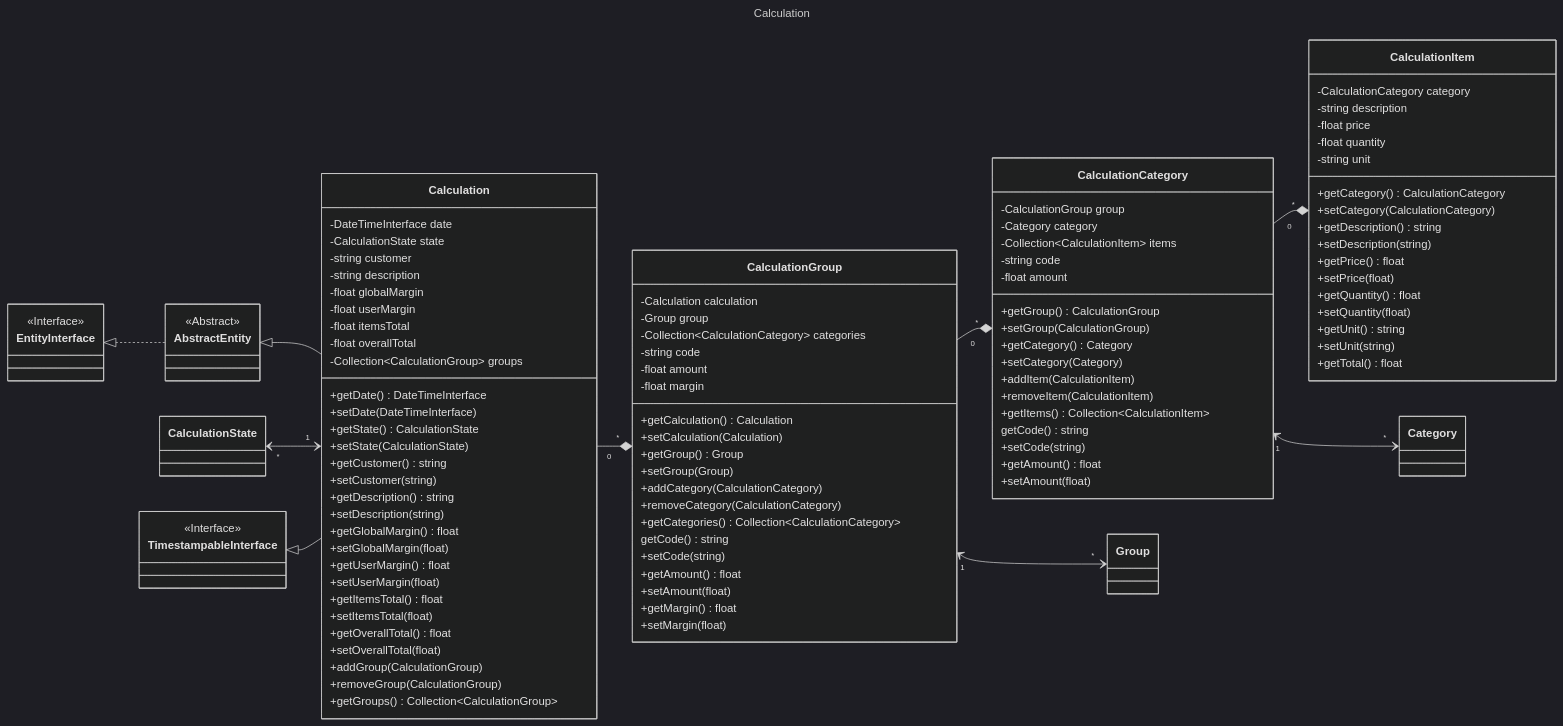
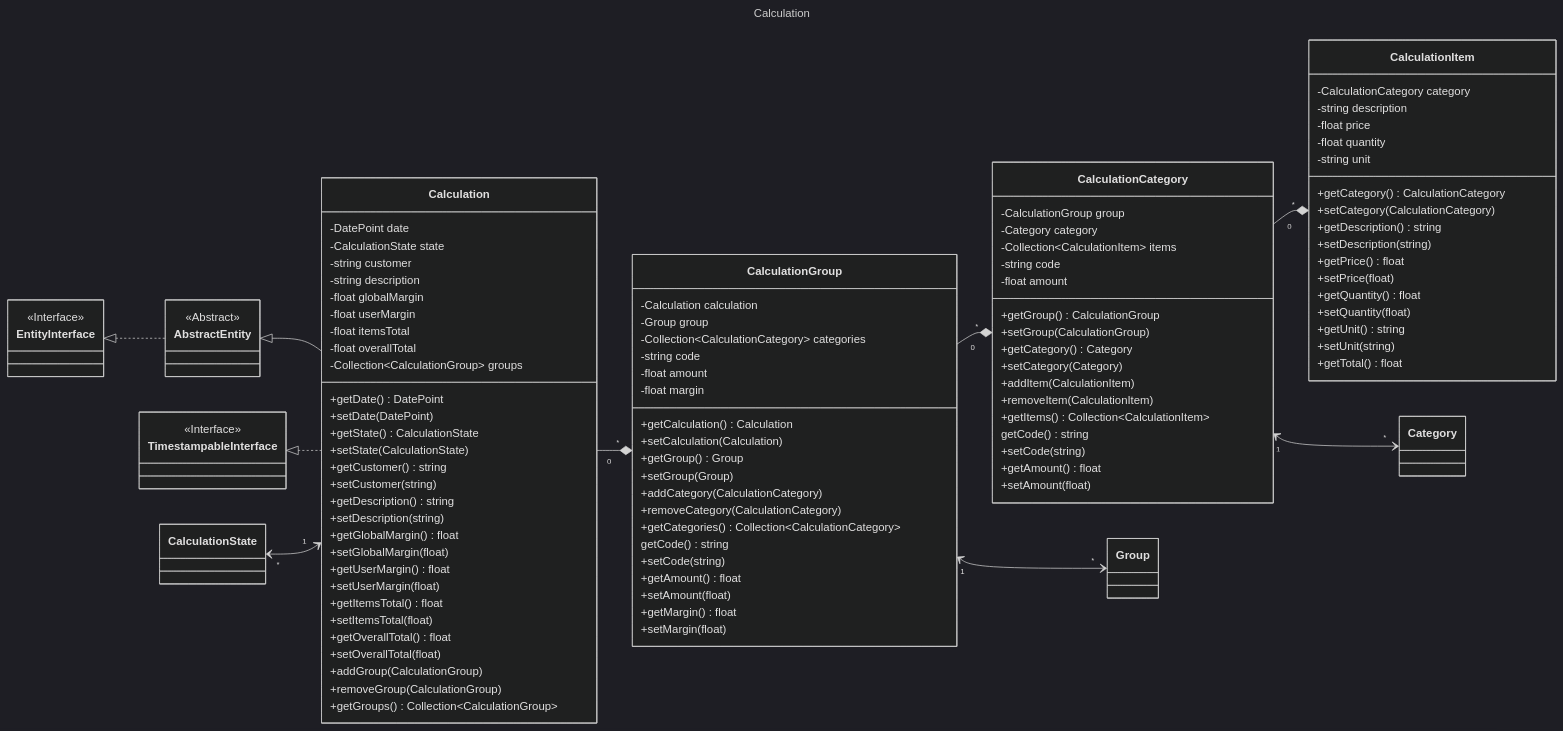
The diagram in resources/diagrams/calculation.mmd (laurentmuller/calculation), drawn with Mermaid (dark theme) before and after one commit. The commit also changed 22 other files, not shown here.

```diff
--- a/resources/diagrams/calculation.mmd
+++ b/resources/diagrams/calculation.mmd
@@ -1,125 +1,126 @@
 ---
 title: Calculation
 ---
 
 classDiagram
     direction LR
 
     class Calculation {
-        -DateTimeInterface date
+        -DatePoint date
         -CalculationState state
         -string customer
         -string description
         -float globalMargin
         -float userMargin
         -float itemsTotal
         -float overallTotal
         -Collection~CalculationGroup~ groups
-        +getDate() DateTimeInterface
-        +setDate(DateTimeInterface)
+        +getDate() DatePoint
+        +setDate(DatePoint)
         +getState() CalculationState
         +setState(CalculationState)
         +getCustomer() string
         +setCustomer(string)
         +getDescription() string
         +setDescription(string)
         +getGlobalMargin() float
         +setGlobalMargin(float)
         +getUserMargin() float
         +setUserMargin(float)
         +getItemsTotal() float
         +setItemsTotal(float)
         +getOverallTotal() float
         +setOverallTotal(float)
         +addGroup(CalculationGroup)
         +removeGroup(CalculationGroup)
         +getGroups() Collection~CalculationGroup~
     }
 
     class CalculationGroup {
         -Calculation calculation
         -Group group
         -Collection~CalculationCategory~ categories
         -string code
         -float amount
         -float margin
         +getCalculation() Calculation
         +setCalculation(Calculation)
         +getGroup() Group
         +setGroup(Group)
         +addCategory(CalculationCategory)
         +removeCategory(CalculationCategory)
         +getCategories() Collection~CalculationCategory~
         getCode() string
         +setCode(string)
         +getAmount() float
         +setAmount(float)
         +getMargin() float
         +setMargin(float)
     }
 
     class CalculationCategory {
         -CalculationGroup group
         -Category category
         -Collection~CalculationItem~ items
         -string code
         -float amount
         +getGroup() CalculationGroup
         +setGroup(CalculationGroup)
         +getCategory() Category
         +setCategory(Category)
         +addItem(CalculationItem)
         +removeItem(CalculationItem)
         +getItems() Collection~CalculationItem~
         getCode() string
         +setCode(string)
         +getAmount() float
         +setAmount(float)
     }
 
     class CalculationItem {
         -CalculationCategory category
         -string description
         -float price
         -float quantity
         -string unit
         +getCategory() CalculationCategory
         +setCategory(CalculationCategory)
         +getDescription() string
         +setDescription(string)
         +getPrice() float
         +setPrice(float)
         +getQuantity() float
         +setQuantity(float)
         +getUnit() string
         +setUnit(string)
         +getTotal() float
     }
 
     class AbstractEntity {
         <<Abstract>>
     }
     class EntityInterface {
         <<Interface>>
     }
 
     class TimestampableInterface {
         <<Interface>>
     }
 
     EntityInterface <|.. AbstractEntity
     AbstractEntity <|-- Calculation
+    TimestampableInterface <|.. Calculation
     Calculation "0" --* "*" CalculationGroup
     CalculationGroup "0" --* "*" CalculationCategory
     CalculationCategory "0" --* "*" CalculationItem
     CalculationState "*" <--> "1" Calculation
     CalculationGroup "1" <--> "*" Group
     CalculationCategory "1" <--> "*" Category
-    TimestampableInterface <|-- Calculation
+
 
     click EntityInterface call nodeCallback()
     click AbstractEntity call nodeCallback()
     click CalculationState call nodeCallback()
     click Category call nodeCallback()
     click Group call nodeCallback()
     click TimestampableInterface call nodeCallback()
```
